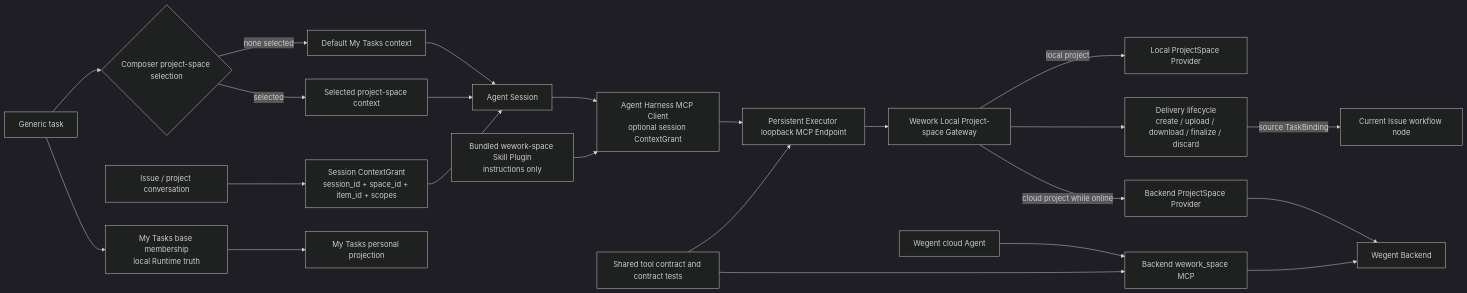
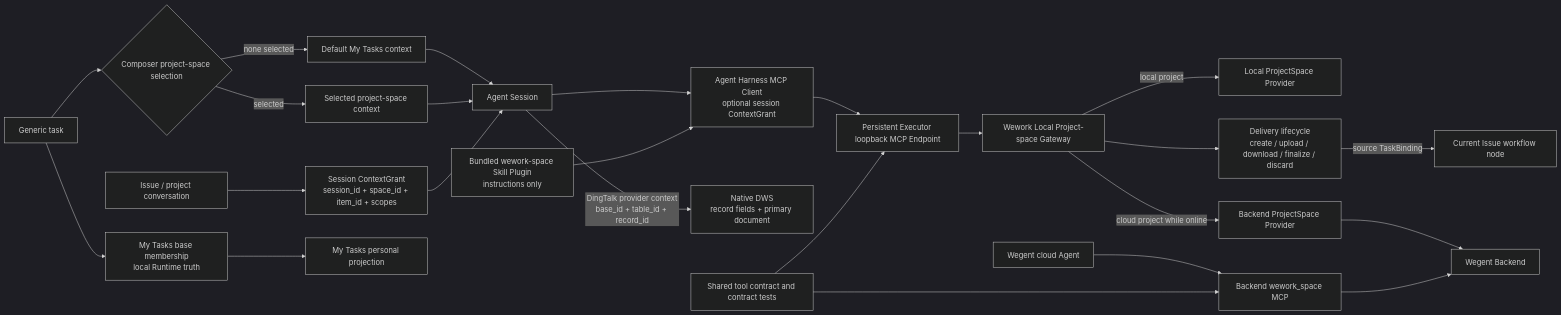
The first of 2 diagrams in docs/en/architecture/project-space-agent-capability.md (wecode-ai/Wegent), drawn with Mermaid (dark theme) before and after one commit. The commit also changed other lines of this file and 57 other files, not shown here.

````diff
--- a/docs/en/architecture/project-space-agent-capability.md
+++ b/docs/en/architecture/project-space-agent-capability.md
@@ -9,25 +9,26 @@
 ```mermaid
 flowchart LR
     ISSUE[Issue / project conversation] --> GRANT[Session ContextGrant<br/>session_id + space_id + item_id + scopes]
     GENERIC[Generic task] --> MY_TASKS[My Tasks base membership<br/>local Runtime truth]
     GENERIC --> ROUTE{Composer project-space selection}
     ROUTE -->|none selected| DEFAULT_CONTEXT[Default My Tasks context]
     ROUTE -->|selected| SELECTED[Selected project-space context]
     DEFAULT_CONTEXT --> SESSION[Agent Session]
     SELECTED --> SESSION
     MY_TASKS --> MY_WORK[My Tasks personal projection]
     GRANT --> SESSION
     SESSION --> CLIENT[Agent Harness MCP Client<br/>optional session ContextGrant]
     CLIENT --> ENDPOINT[Persistent Executor loopback MCP Endpoint]
     PLUGIN[Bundled wework-space Skill Plugin<br/>instructions only] --> CLIENT
     ENDPOINT --> GATEWAY[Wework Local Project-space Gateway]
     GATEWAY -->|local project| LOCAL[Local ProjectSpace Provider]
     GATEWAY -->|cloud project while online| REMOTE[Backend ProjectSpace Provider]
+    SESSION -->|DingTalk provider context<br/>base_id + table_id + record_id| DWS[Native DWS<br/>record fields + primary document]
     REMOTE --> BACKEND[Wegent Backend]
     GATEWAY --> DELIVERY[Delivery lifecycle<br/>create / upload / download / finalize / discard]
     DELIVERY -->|source TaskBinding| ISSUE_STAGE[Current Issue workflow node]
     CLOUD[Wegent cloud Agent] --> BACKEND_MCP[Backend wework_space MCP]
     BACKEND_MCP --> BACKEND
     CONTRACT[Shared tool contract and contract tests] --> ENDPOINT
     CONTRACT --> BACKEND_MCP
 ```
````
